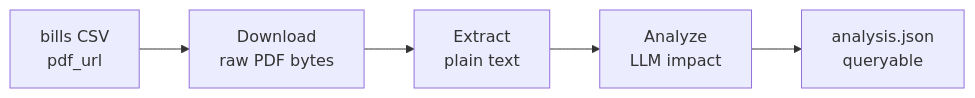
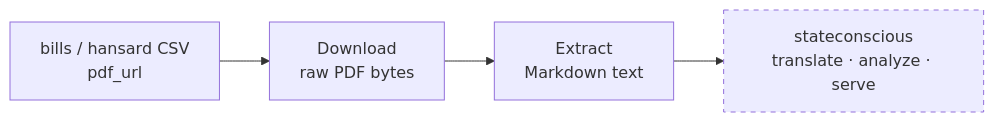
The diagram in docs/pipeline/index.md (q3dresearch/parawl), drawn with Mermaid before and after one commit. The commit also changed other lines of this file and 14 other files, not shown here.

First line of the commit message:
feat: add Hansard crawl, sample script, and doc split from stateconscious

````diff
--- a/docs/pipeline/index.md
+++ b/docs/pipeline/index.md
@@ -7,7 +9,7 @@
 ```mermaid
 graph LR
-  A[bills CSV<br/>pdf_url] --> B[Download<br/>raw PDF bytes]
-  B --> C[Extract<br/>plain text]
-  C --> D[Analyze<br/>LLM impact]
-  D --> E[analysis.json<br/>queryable]
+  A[bills / hansard CSV<br/>pdf_url] --> B[Download<br/>raw PDF bytes]
+  B --> C[Extract<br/>Markdown text]
+  C --> D[stateconscious<br/>translate · analyze · serve]
+  style D stroke-dasharray: 5 5
 ```
````
